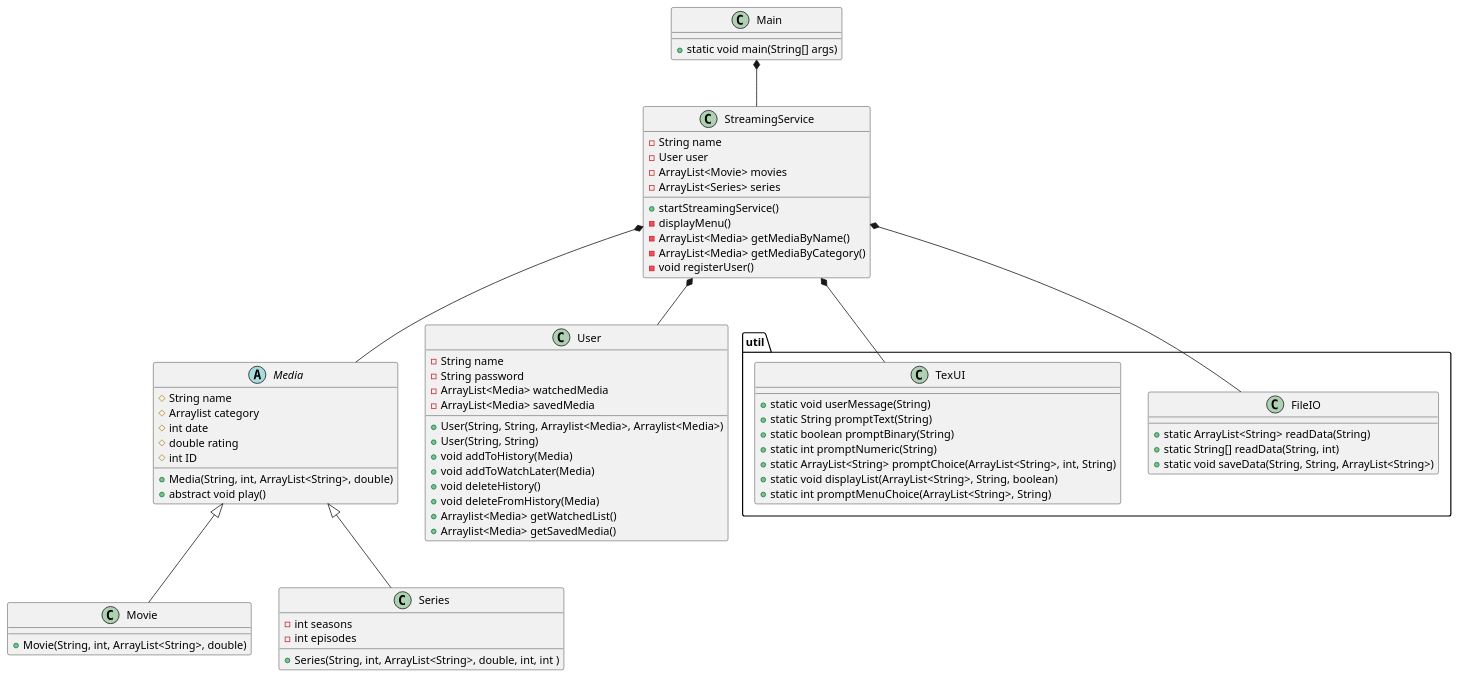
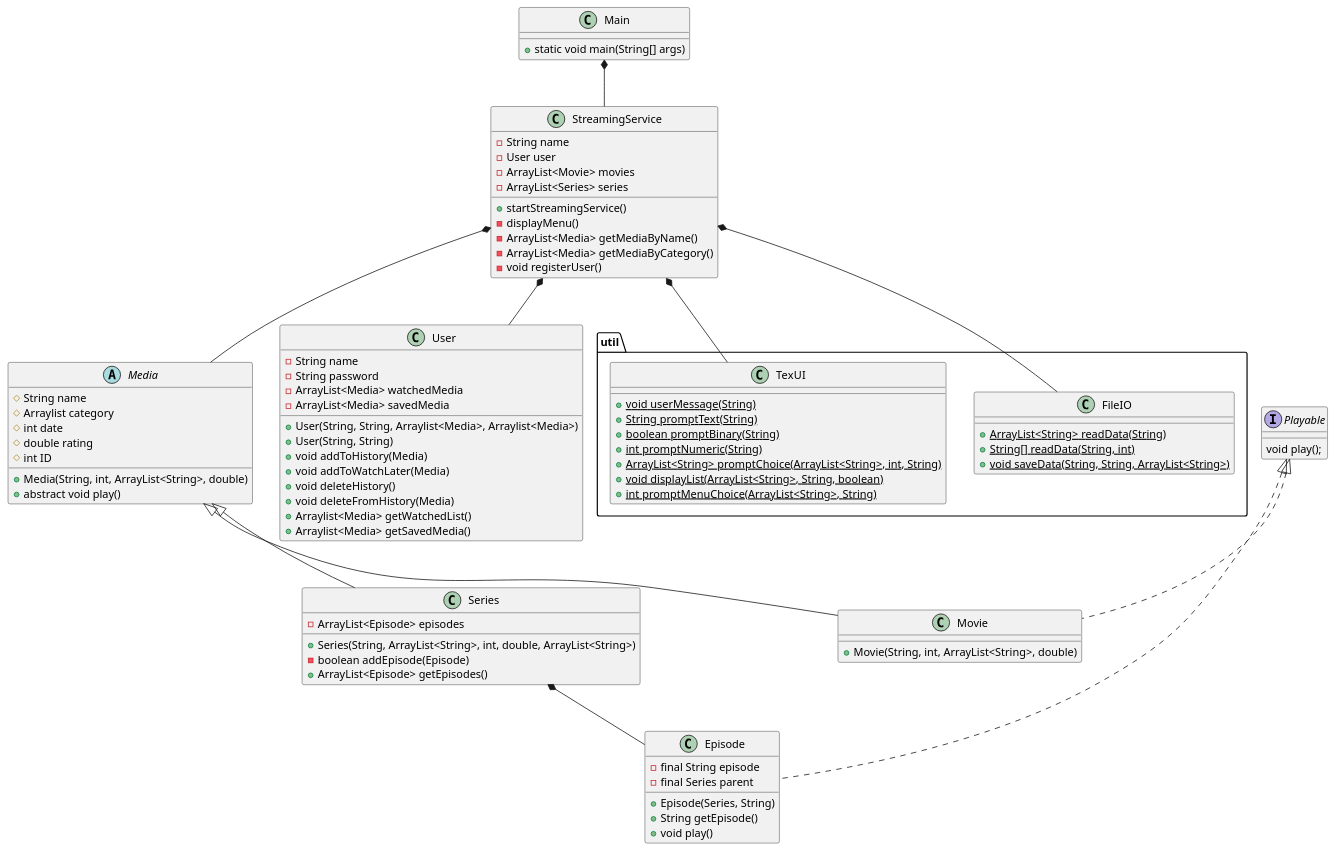
One commit to Studiegruppe-B/SP3-Streamingtjeneste changed the diagram in doc/static/classDiagram.puml. Above: the diagram before and after it, drawn with PlantUML.

Commit message:
SMå ændringer i klassediagram

```diff
--- a/doc/static/classDiagram.puml
+++ b/doc/static/classDiagram.puml
@@ -1,84 +1,99 @@
 @startuml
 class Main{
 + static void main(String[] args)
 
 }
 
 class StreamingService{
 - String name
 - User user
 - ArrayList<Movie> movies
 - ArrayList<Series> series
 + startStreamingService()
 - displayMenu()
 - ArrayList<Media> getMediaByName()
 - ArrayList<Media> getMediaByCategory()
 - void registerUser()
 }
 
 
 
 
 abstract class Media{
 # String name
 # Arraylist category
 # int date
 # double rating
 # int ID
 + Media(String, int, ArrayList<String>, double)
 + abstract void play()
 
 }
+interface Playable {
+void play();
+}
 
-class Movie{
+class Episode implements Playable {
+- final String episode
+- final Series parent
++ Episode(Series, String)
++ String getEpisode()
++ void play()
+}
+
+class Movie implements Playable{
 + Movie(String, int, ArrayList<String>, double)
 }
 
-class Series{
-+ Series(String, int, ArrayList<String>, double, int, int )
-- int seasons
-- int episodes
+class Series {
+- ArrayList<Episode> episodes
++ Series(String, ArrayList<String>, int, double, ArrayList<String>)
+- boolean addEpisode(Episode)
++ ArrayList<Episode> getEpisodes()
 }
+
 
 class User{
 - String name
 - String password
 - ArrayList<Media> watchedMedia
 - ArrayList<Media> savedMedia
 + User(String, String, Arraylist<Media>, Arraylist<Media>)
 + User(String, String)
 + void addToHistory(Media)
 + void addToWatchLater(Media)
 + void deleteHistory()
 + void deleteFromHistory(Media)
 + Arraylist<Media> getWatchedList()
 + Arraylist<Media> getSavedMedia()
 }
 
 package "util"{
 class FileIO{
-+ static ArrayList<String> readData(String)
-+ static String[] readData(String, int)
-+ static void saveData(String, String, ArrayList<String>)
++ {static} ArrayList<String> readData(String)
++ {static} String[] readData(String, int)
++ {static} void saveData(String, String, ArrayList<String>)
 }
 
 class TexUI{
-+ static void userMessage(String)
-+ static String promptText(String)
-+ static boolean promptBinary(String)
-+ static int promptNumeric(String)
-+ static ArrayList<String> promptChoice(ArrayList<String>, int, String)
-+ static void displayList(ArrayList<String>, String, boolean)
-+ static int promptMenuChoice(ArrayList<String>, String)
++ {static} void userMessage(String)
++ {static} String promptText(String)
++ {static} boolean promptBinary(String)
++ {static} int promptNumeric(String)
++ {static} ArrayList<String> promptChoice(ArrayList<String>, int, String)
++ {static} void displayList(ArrayList<String>, String, boolean)
++ {static} int promptMenuChoice(ArrayList<String>, String)
 
 }
+
 }
 
 Main *-- StreamingService
 StreamingService *-- Media
 StreamingService *-- FileIO
 StreamingService *-- TexUI
 StreamingService *-- User
 Media <|-- Movie
 Media <|-- Series
+Series *-- Episode
 @enduml
```
